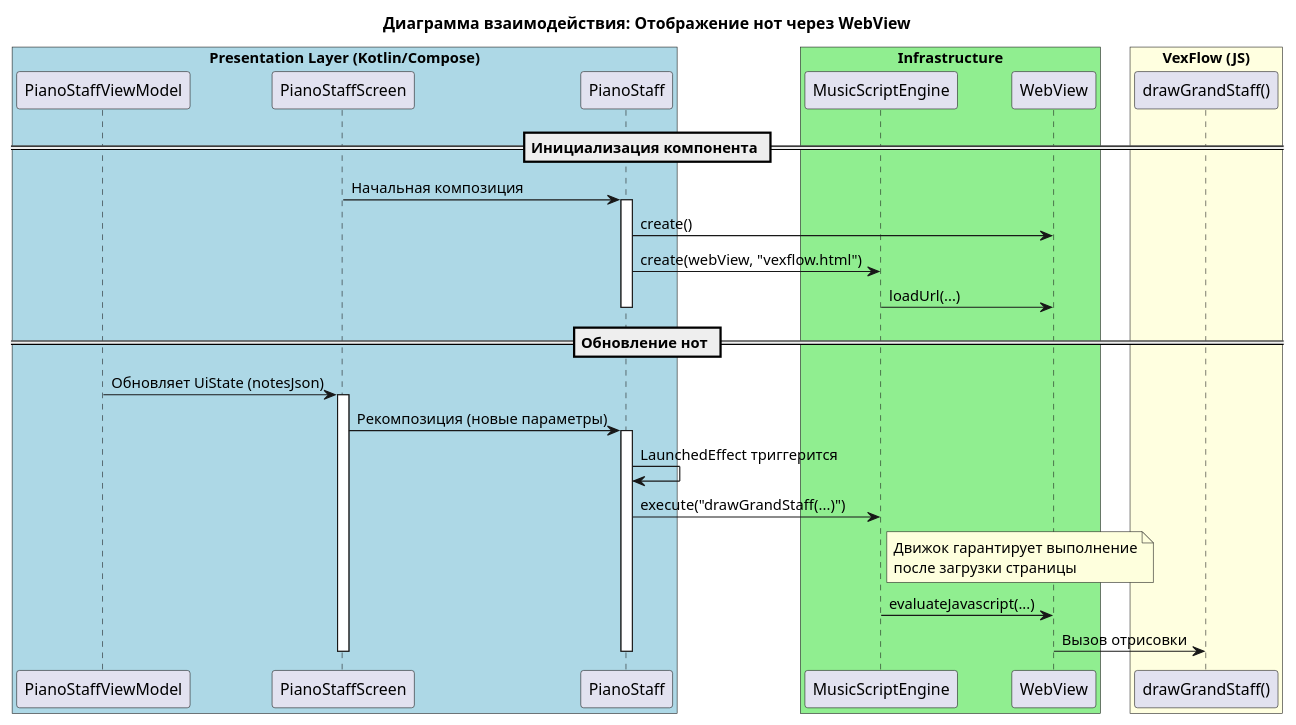
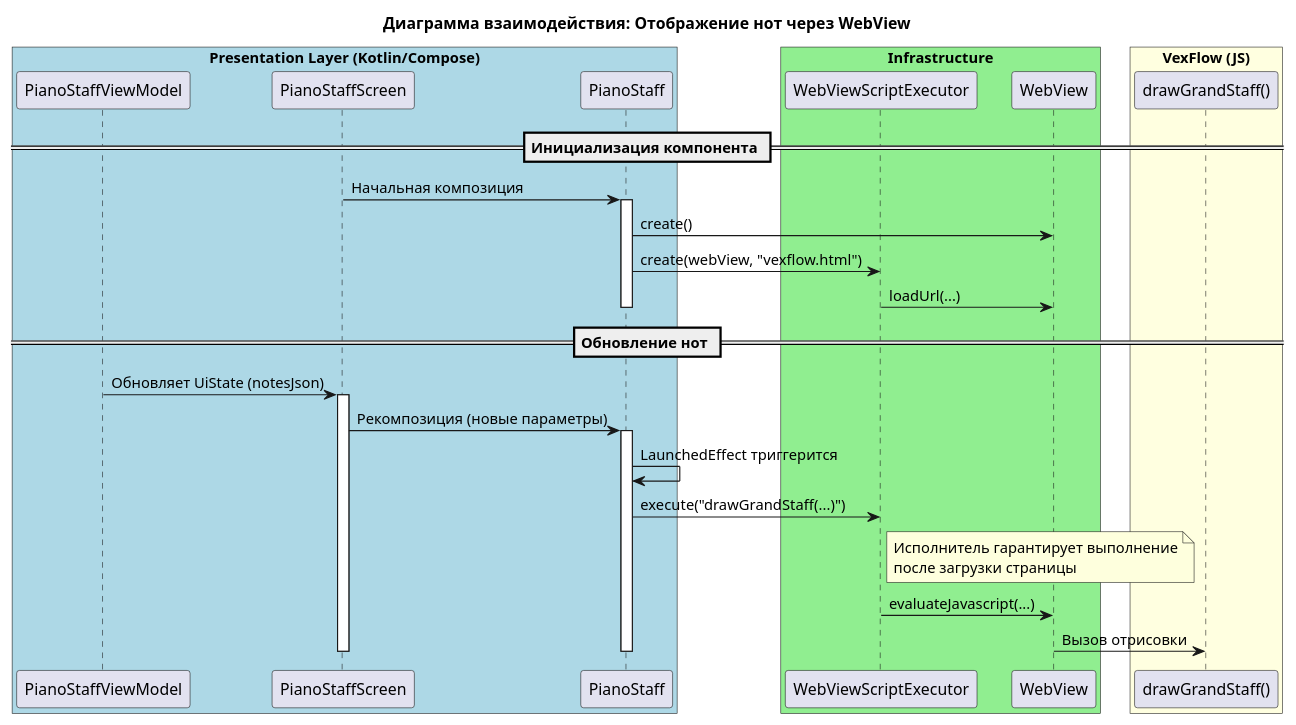
Before and after one commit to astrizhachuk/PianoFlow: the tenth of 10 diagrams in docs/ru/specs/MIDI_MESSAGE_PROCESSING.md, drawn with PlantUML. The commit also changed other lines of this file and 30 other files, not shown here.

````diff
--- a/docs/ru/specs/MIDI_MESSAGE_PROCESSING.md
+++ b/docs/ru/specs/MIDI_MESSAGE_PROCESSING.md
@@ -535,51 +524,51 @@
 ```plantuml
 @startuml
 title Диаграмма взаимодействия: Отображение нот через WebView
 
 box "Presentation Layer (Kotlin/Compose)" #LightBlue
     participant "PianoStaffViewModel" as VM
     participant "PianoStaffScreen" as Screen
     participant "PianoStaff" as StaffComposable
 end box
 
 box "Infrastructure" #LightGreen
-    participant "MusicScriptEngine" as Engine
+    participant "WebViewScriptExecutor" as Executor
     participant "WebView" as WebView
 end box
 
 box "VexFlow (JS)" #LightYellow
     participant "drawGrandStaff()" as DrawJsFunc
 end box
 
 == Инициализация компонента ==
 
 Screen -> StaffComposable : Начальная композиция
 activate StaffComposable
 
 StaffComposable -> WebView : create()
-StaffComposable -> Engine : create(webView, "vexflow.html")
-Engine -> WebView : loadUrl(...)
+StaffComposable -> Executor : create(webView, "vexflow.html")
+Executor -> WebView : loadUrl(...)
 
 deactivate StaffComposable
 
 == Обновление нот ==
 
 VM -> Screen : Обновляет UiState (notesJson)
 activate Screen
 
 Screen -> StaffComposable : Рекомпозиция (новые параметры)
 activate StaffComposable
 
 StaffComposable -> StaffComposable : LaunchedEffect триггерится
-StaffComposable -> Engine : execute("drawGrandStaff(...)")
+StaffComposable -> Executor : execute("drawGrandStaff(...)")
 
-note right of Engine: Движок гарантирует выполнение\nпосле загрузки страницы
+note right of Executor: Исполнитель гарантирует выполнение\nпосле загрузки страницы
 
-Engine -> WebView : evaluateJavascript(...)
+Executor -> WebView : evaluateJavascript(...)
 WebView -> DrawJsFunc : Вызов отрисовки
 
 deactivate StaffComposable
 deactivate Screen
 
 @enduml
 ```
````
